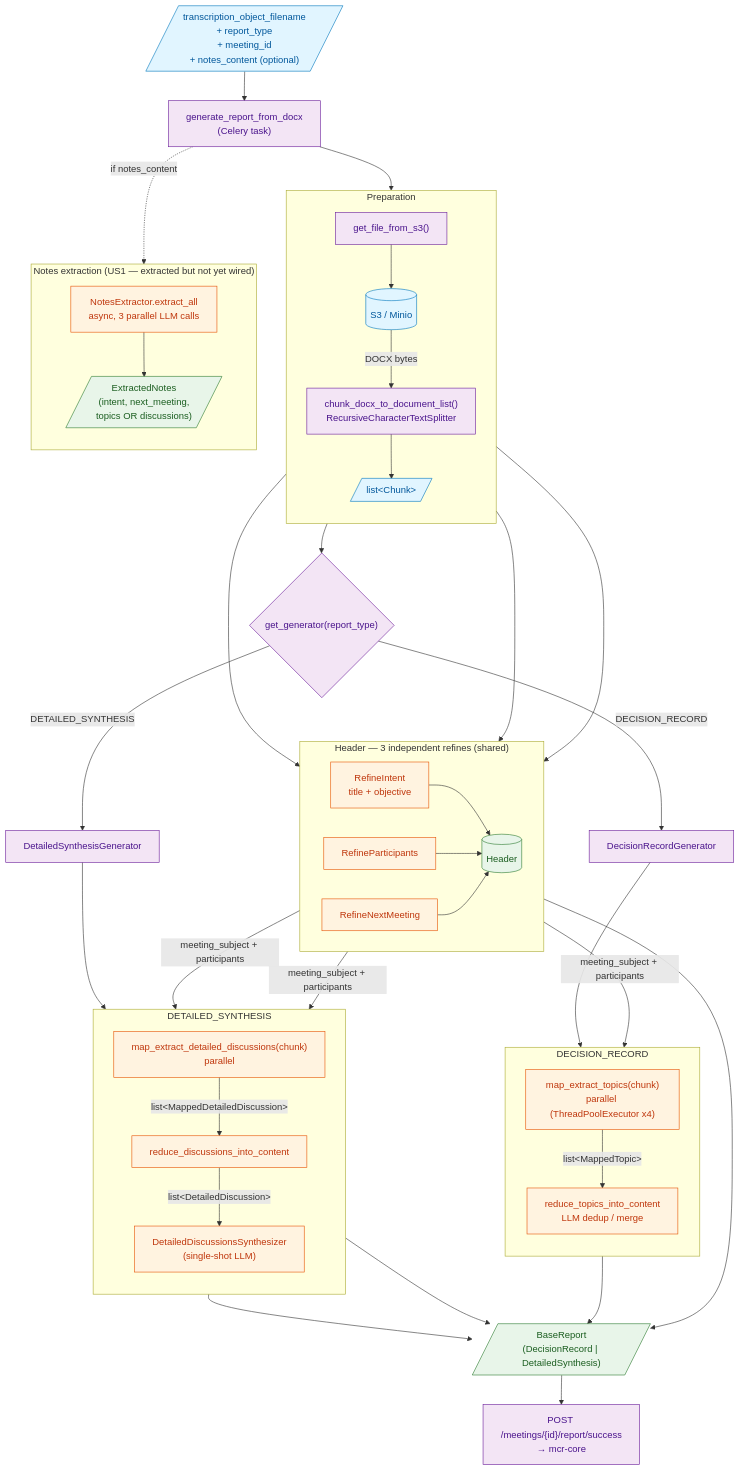
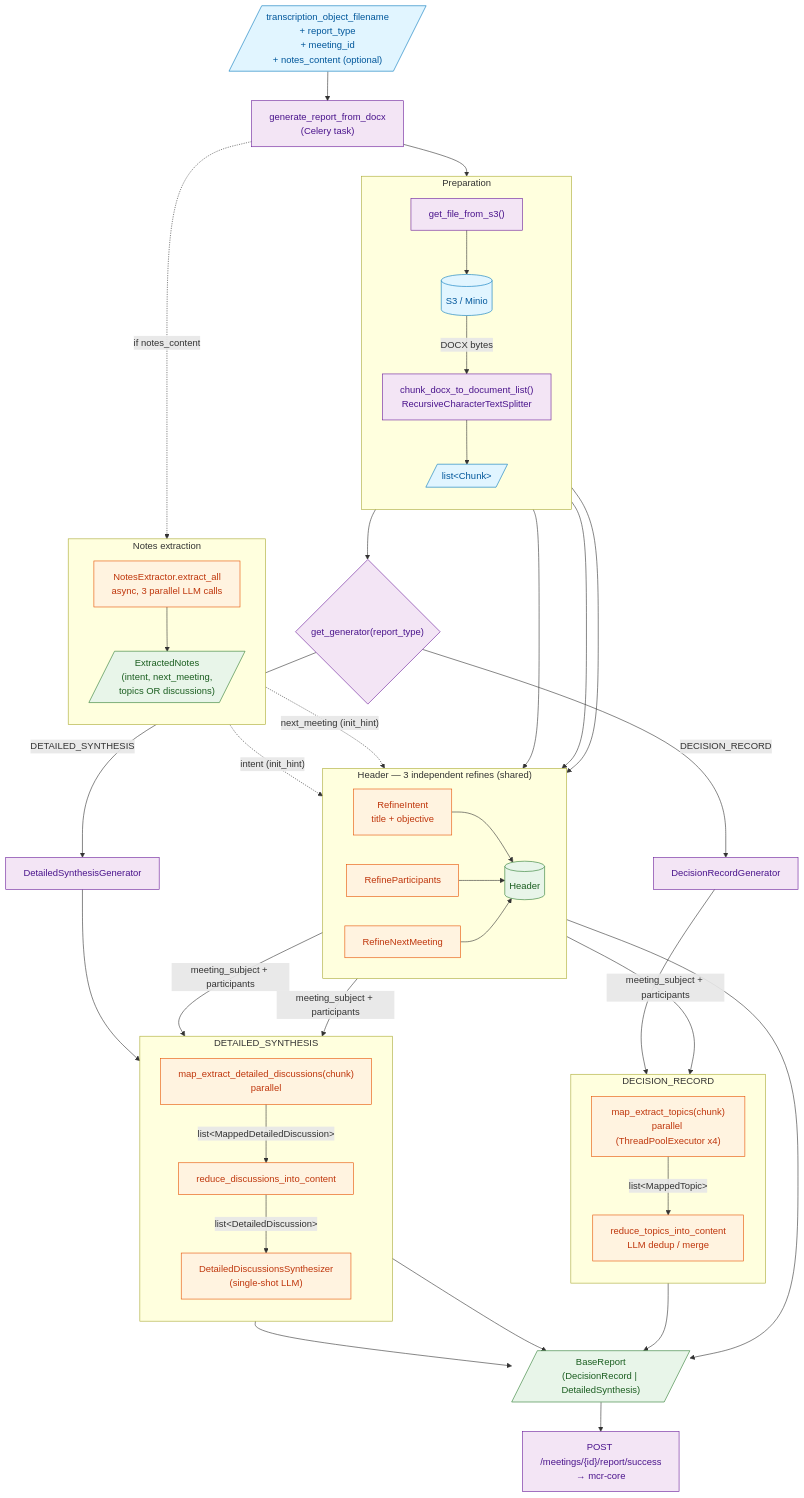
The diagram in mcr-generation/mcr_generation/docs/generation_pipeline.md (IA-Generative/mcr), drawn with Mermaid before and after one commit. The commit also changed other lines of this file and 1 other file, not shown here.

Commit message:
:books: (637-638): document notes-seed mechanism in generation_pipeline
Updates the Mermaid diagram with the two new arrows
ExtractedNotes.intent -> RefineIntent (init_hint) and
ExtractedNotes.next_meeting -> RefineNextMeeting (init_hint), refreshes
the input/output table, and expands the refine-strategy section to
explain how init_hint replaces the initial LLM extract when a notes
hint is available.

```diff
--- a/mcr-generation/mcr_generation/docs/generation_pipeline.md
+++ b/mcr-generation/mcr_generation/docs/generation_pipeline.md
@@ -44,15 +44,17 @@
     end
     TASK --> FETCH
 
-    %% Notes extraction (introduced in US1 — output not yet consumed by generators)
-    subgraph NOTES["Notes extraction (US1 — extracted but not yet wired)"]
+    %% Notes extraction — intent/next_meeting seed the header refiners (US3, US4)
+    subgraph NOTES["Notes extraction"]
       direction TB
       NX["NotesExtractor.extract_all<br/>async, 3 parallel LLM calls"]:::llm
       EN[/"ExtractedNotes<br/>(intent, next_meeting,<br/>topics OR discussions)"/]:::out
       NX --> EN
     end
     TASK -.->|"if notes_content"| NX
-    %% TODO US3-US6: wire EN into RI / RN / M1 / M2.
+    EN -.->|"intent (init_hint)"| RI
+    EN -.->|"next_meeting (init_hint)"| RN
+    %% TODO US5-US6: wire EN.topics and EN.discussions into the reduce step (R1, R2).
 
     %% Header (shared — same logic regardless of report_type)
     subgraph HEADER["Header — 3 independent refines (shared)"]
```
